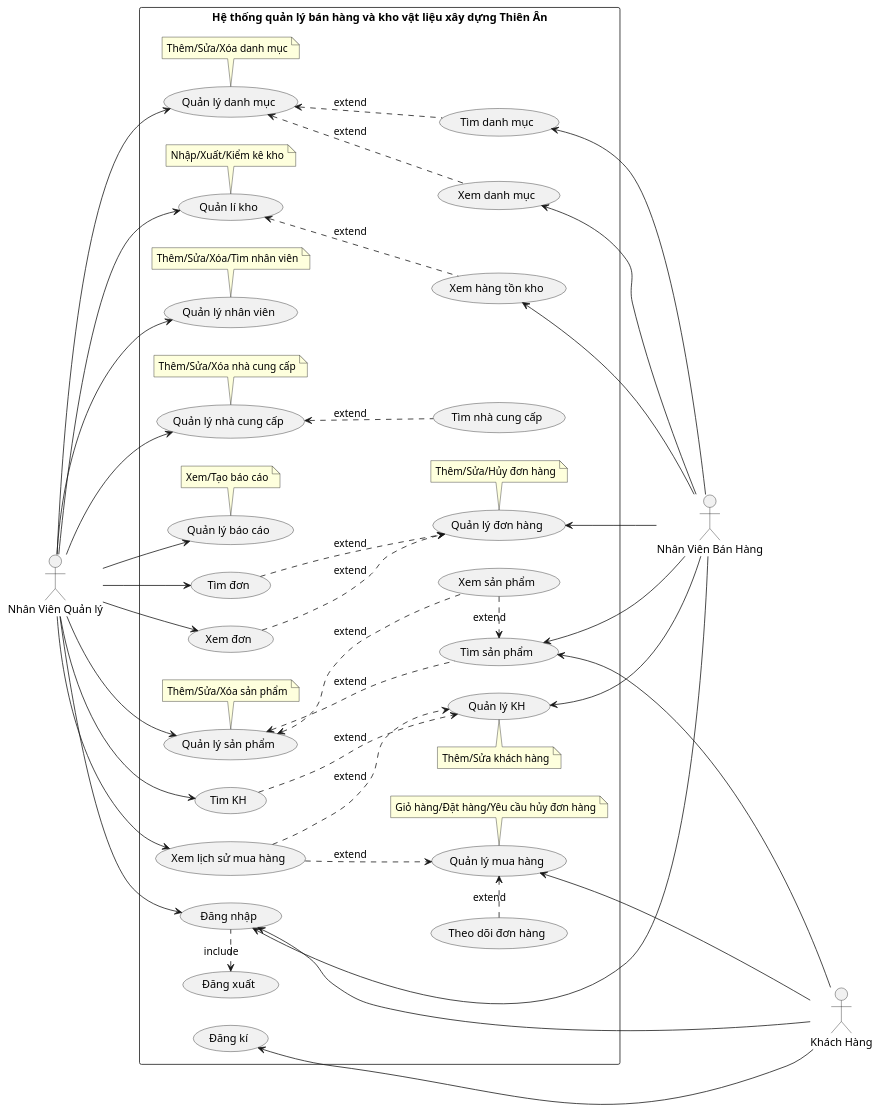
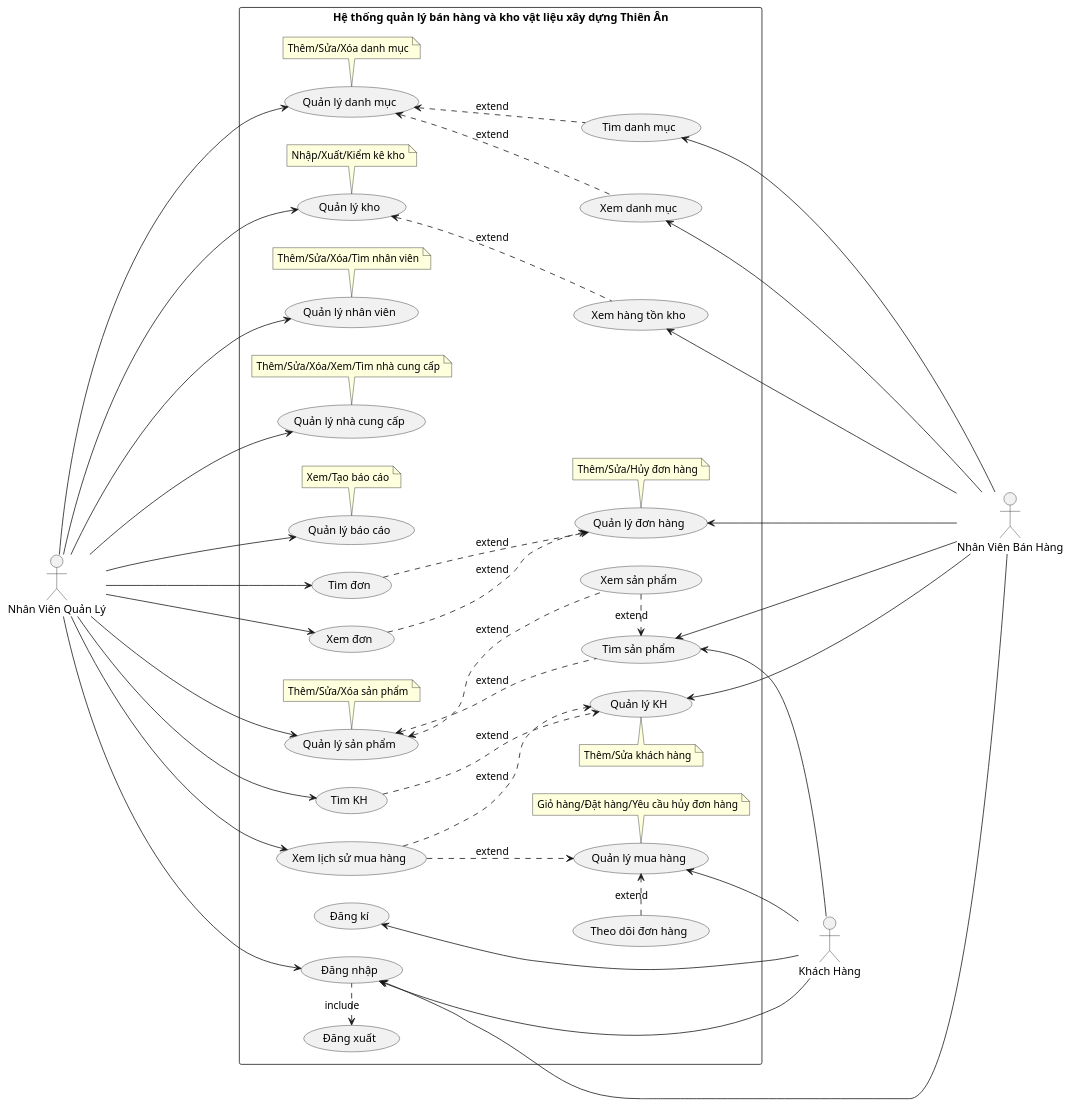
Before and after one commit to ThanhdatOris/LAB2211: the diagram in assets/plantuml/ArietyUC.puml, drawn with PlantUML. The commit also changed 1 other file, not shown here.

Commit message:
update and optimize diagram ArietyUC

```diff
--- a/assets/plantuml/ArietyUC.puml
+++ b/assets/plantuml/ArietyUC.puml
@@ -1,148 +1,150 @@
-@startuml
+@startuml NhuY_IS
 
 skinparam shadowing false
 left to right direction
 
 actor "Khách Hàng" as KH
-actor "Nhân Viên Quản lý" as NVQL
+actor "Nhân Viên Quản Lý" as NVQL
 actor "Nhân Viên Bán Hàng" as NVBH
 
 rectangle "Hệ thống quản lý bán hàng và kho vật liệu xây dựng Thiên Ân" {
 
 '>>>>>>>>>>>>>>> Khai báo >>>>>>>>>>>>>>>
 'Danh mục sp
 Usecase QLDMSP as "Quản lý danh mục"
 
 note bottom of QLDMSP: Thêm/Sửa/Xóa danh mục
 (Tìm danh mục) as TIM_DMSP
 (Xem danh mục) as XEM_DMSP
 
 'Kho hàng
-Usecase QLKHO as "Quản lí kho"
+Usecase QLKHO as "Quản lý kho"
 note bottom of QLKHO : Nhập/Xuất/Kiểm kê kho
 (Xem hàng tồn kho) as XEM_HANG
 
 'Nhân viên
 Usecase QLNV as "Quản lý nhân viên"
 note bottom of QLNV: Thêm/Sửa/Xóa/Tìm nhân viên
 
 'Nhà cung cấp
 Usecase QLNCC as "Quản lý nhà cung cấp"
-note bottom of QLNCC: Thêm/Sửa/Xóa nhà cung cấp
-(Tìm nhà cung cấp) as TIM_NCC
+note bottom of QLNCC: Thêm/Sửa/Xóa/Xem/Tìm nhà cung cấp
+' (Tìm nhà cung cấp) as TIM_NCC
 
 'Báo cáo
 (Quản lý báo cáo) as QLBC
 note bottom of QLBC: Xem/Tạo báo cáo
-
 
 'Khách hàng
 (Quản lý KH) as QLKH
 (Tìm KH) as TIM_KH
 note top of QLKH: Thêm/Sửa khách hàng
 
 'Đơn hàng
 Usecase QLDH as "Quản lý đơn hàng"
 note bottom of QLDH: Thêm/Sửa/Hủy đơn hàng
 
 (Tìm đơn) as TIM_DH
 (Xem đơn) as XEM_DH
 
 'Sản phẩm
 Usecase QLSP as "Quản lý sản phẩm"
 note bottom of QLSP: Thêm/Sửa/Xóa sản phẩm
 
 (Xem sản phẩm) as XEM_SP
 (Tìm sản phẩm) as TIM_SP
 XEM_SP .> TIM_SP: extend
 
 'Mua hàng
 Usecase QLMH as "Quản lý mua hàng"
 note bottom of QLMH: Giỏ hàng/Đặt hàng/Yêu cầu hủy đơn hàng
 
 (Theo dõi đơn hàng) as THEO_DOI_HANG
 (Xem lịch sử mua hàng) as XEM_LSMH
 
 'Đăng nhập, đăng xuất
 (Đăng nhập) as Login
 (Đăng xuất) as Logout
 (Đăng kí) as SignUp
  Logout <.  Login: include
 
 '>>>>>>>>>>>>>>> Gán đối tượng >>>>>>>>>>>>>>
 '----------- Nhân Viên Quản lý -----------
 NVQL --> QLSP
-NVQL --> QLDMSP
+NVQL ----> QLDMSP
 NVQL --> QLKHO
 NVQL --> QLNV
 NVQL --> QLNCC
 NVQL --> QLBC
 
+'Tài khoản
 NVQL --> Login
+
 'Sản phẩm
 QLSP <.. XEM_SP: extend
 QLSP <.. TIM_SP: extend
 
 'Danh mục sp
 QLDMSP <.. TIM_DMSP: extend
 QLDMSP <.. XEM_DMSP: extend
 
 'Kho hàng
 QLKHO <.. XEM_HANG: extend
 
 'Nhân viên
 
 'Nhà cung cấp
-QLNCC <.. TIM_NCC: extend
+' QLNCC <.. TIM_NCC: extend
 
 'Báo cáo
 
 'Khách hàng
 NVQL --> TIM_KH
 NVQL --> XEM_LSMH
 
 'Đơn hàng
 NVQL --> XEM_DH
 NVQL --> TIM_DH
 
 '----------- Nhân Viên Bán Hàng -----------
 QLDH <- NVBH
 QLKH <-- NVBH
+
+'Tài khoản
 Login <-- NVBH
 
 'Danh mục
 TIM_DMSP <- NVBH
 XEM_DMSP <- NVBH
 
 'Đơn hàng
 TIM_DH ..> QLDH: extend
 XEM_DH ..> QLDH: extend
 
 'Khách hàng
 TIM_KH ..> QLKH: extend
 XEM_LSMH ..> QLKH: extend
 
 'Kho
 XEM_HANG <- NVBH
 
 'Sản phẩm
-TIM_SP <-- NVBH
+TIM_SP <---- NVBH
 
 '----------- Khách Hàng -----------
 QLMH <-- KH
 
 'Tài khoản
 SignUp <- KH
 Login <- KH
 
-
 'Mua hàng
 THEO_DOI_HANG .> QLMH: extend
 XEM_LSMH ..> QLMH: extend
 
 'Sản phẩm
-TIM_SP <--- KH
+TIM_SP <-- KH
 
 }
 
 @enduml
```
